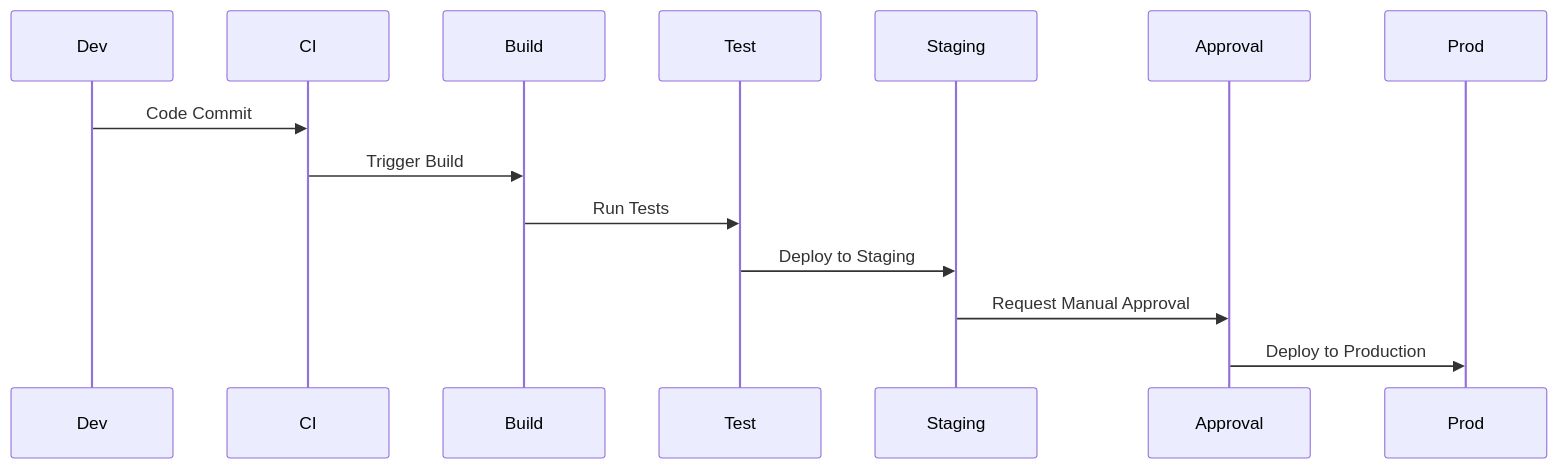
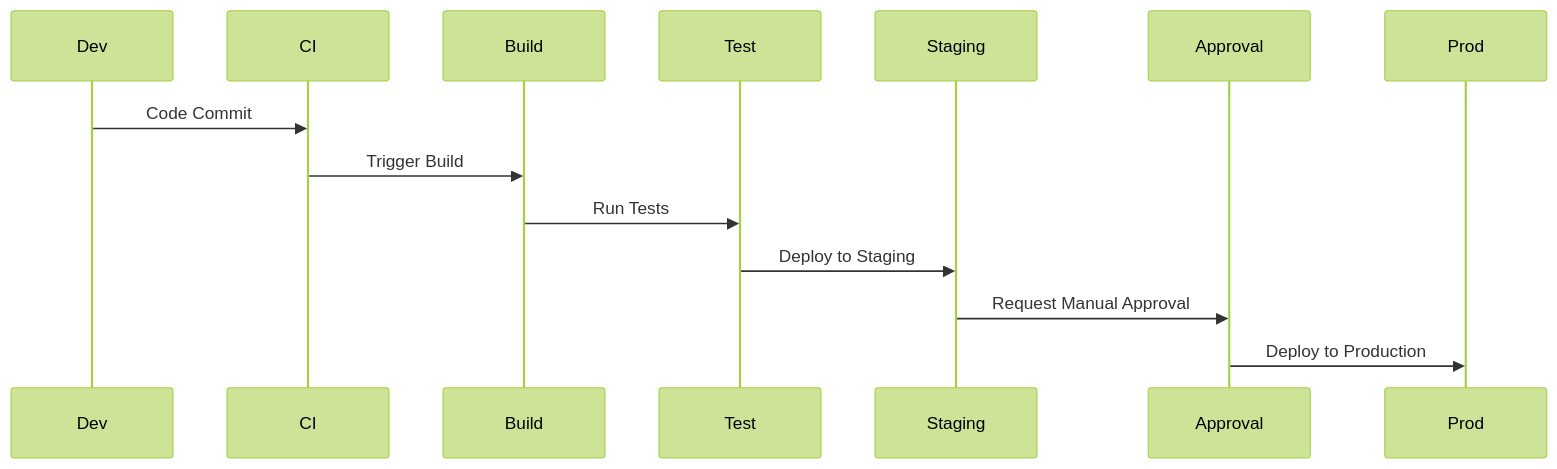
One commit to ADirin/OTP1_LectureMaterial changed the first of 2 diagrams in Week4_dependencies/JavaDep_DevOps.md. Above: the diagram before and after it, drawn with Mermaid.

````diff
--- a/Week4_dependencies/JavaDep_DevOps.md
+++ b/Week4_dependencies/JavaDep_DevOps.md
@@ -3,10 +3,14 @@
 ```mermaid
+---
+config:
+  theme: forest
+---
 sequenceDiagram
     Dev->>CI: Code Commit
     CI->>Build: Trigger Build
     Build->>Test: Run Tests
     Test->>Staging: Deploy to Staging
     Staging->>Approval: Request Manual Approval
     Approval->>Prod: Deploy to Production
 
 ```
````
